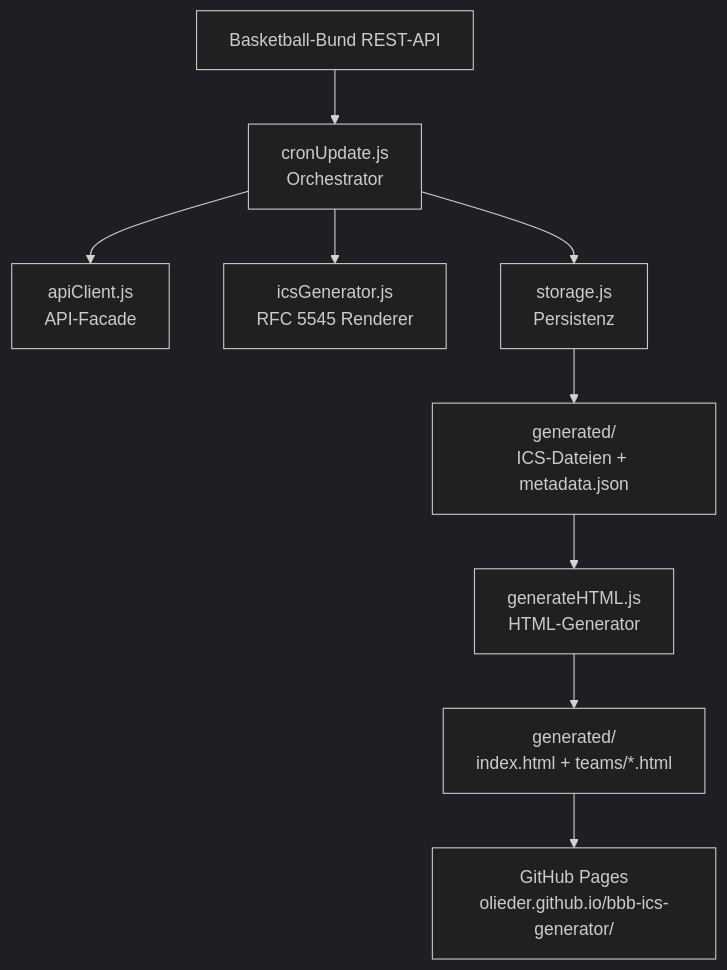
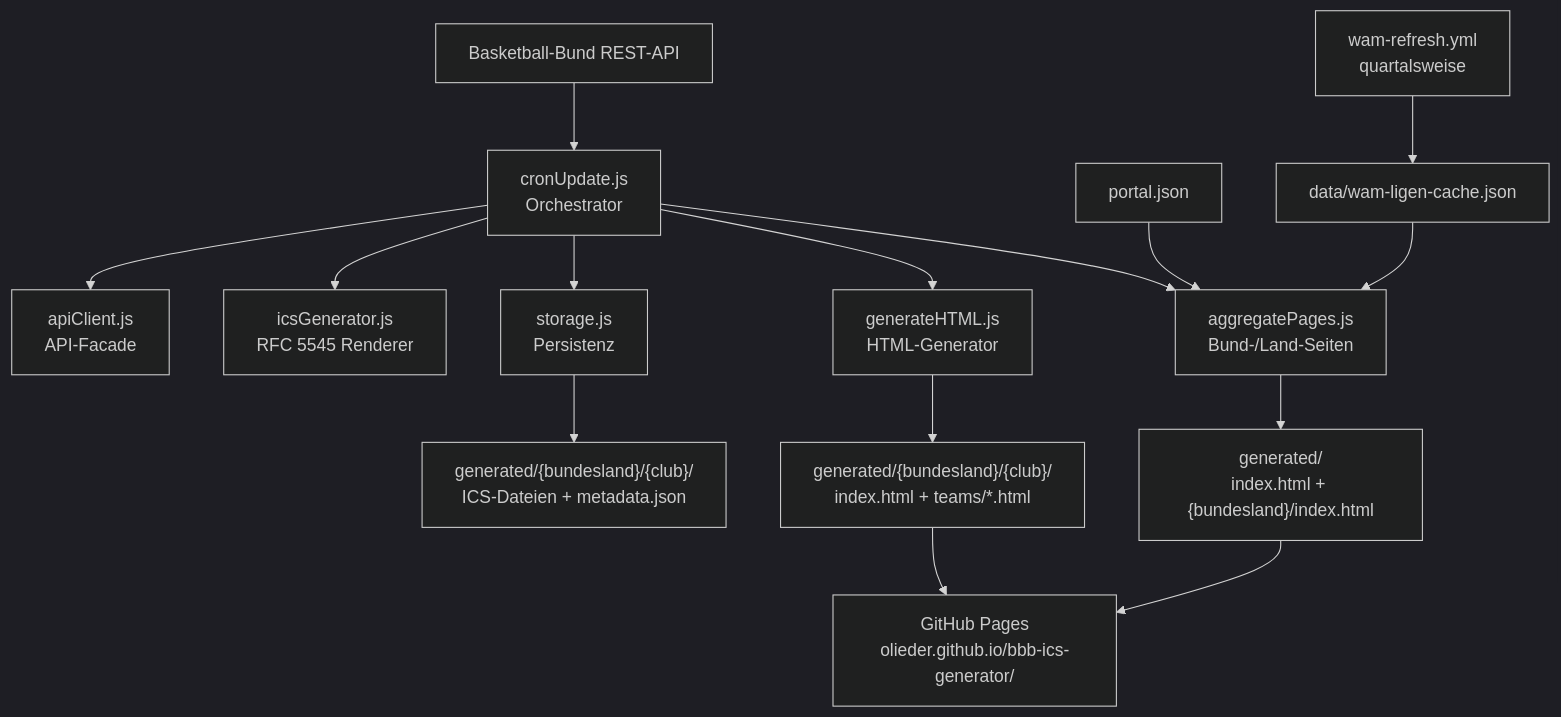
Before and after one commit to OliEder/bbb-ics-generator: the diagram in README.md, drawn with Mermaid (dark theme). The commit also changed other lines of this file and 3 other files, not shown here.

First line of the commit message:
docs: document Bund/Land navigation, WAM cache, portal config and ADR-017..022

````diff
--- a/README.md
+++ b/README.md
@@ -40,11 +46,17 @@
 ```mermaid
 flowchart TD
     API["Basketball-Bund REST-API"] --> CU["cronUpdate.js\nOrchestrator"]
     CU --> AC["apiClient.js\nAPI-Facade"]
     CU --> IG["icsGenerator.js\nRFC 5545 Renderer"]
     CU --> ST["storage.js\nPersistenz"]
-    ST --> GEN["generated/\nICS-Dateien + metadata.json"]
-    GEN --> GH["generateHTML.js\nHTML-Generator"]
-    GH --> HTML["generated/\nindex.html + teams/*.html"]
+    ST --> GEN["generated/{bundesland}/{club}/\nICS-Dateien + metadata.json"]
+    CU --> GH["generateHTML.js\nHTML-Generator"]
+    GH --> HTML["generated/{bundesland}/{club}/\nindex.html + teams/*.html"]
+    CU --> AP["aggregatePages.js\nBund-/Land-Seiten"]
+    PJ["portal.json"] --> AP
+    WAM["data/wam-ligen-cache.json"] --> AP
+    AP --> PORTAL["generated/\nindex.html + {bundesland}/index.html"]
+    WR["wam-refresh.yml\nquartalsweise"] --> WAM
     HTML --> GP["GitHub Pages\nolieder.github.io/bbb-ics-generator/"]
+    PORTAL --> GP
 ```
````
